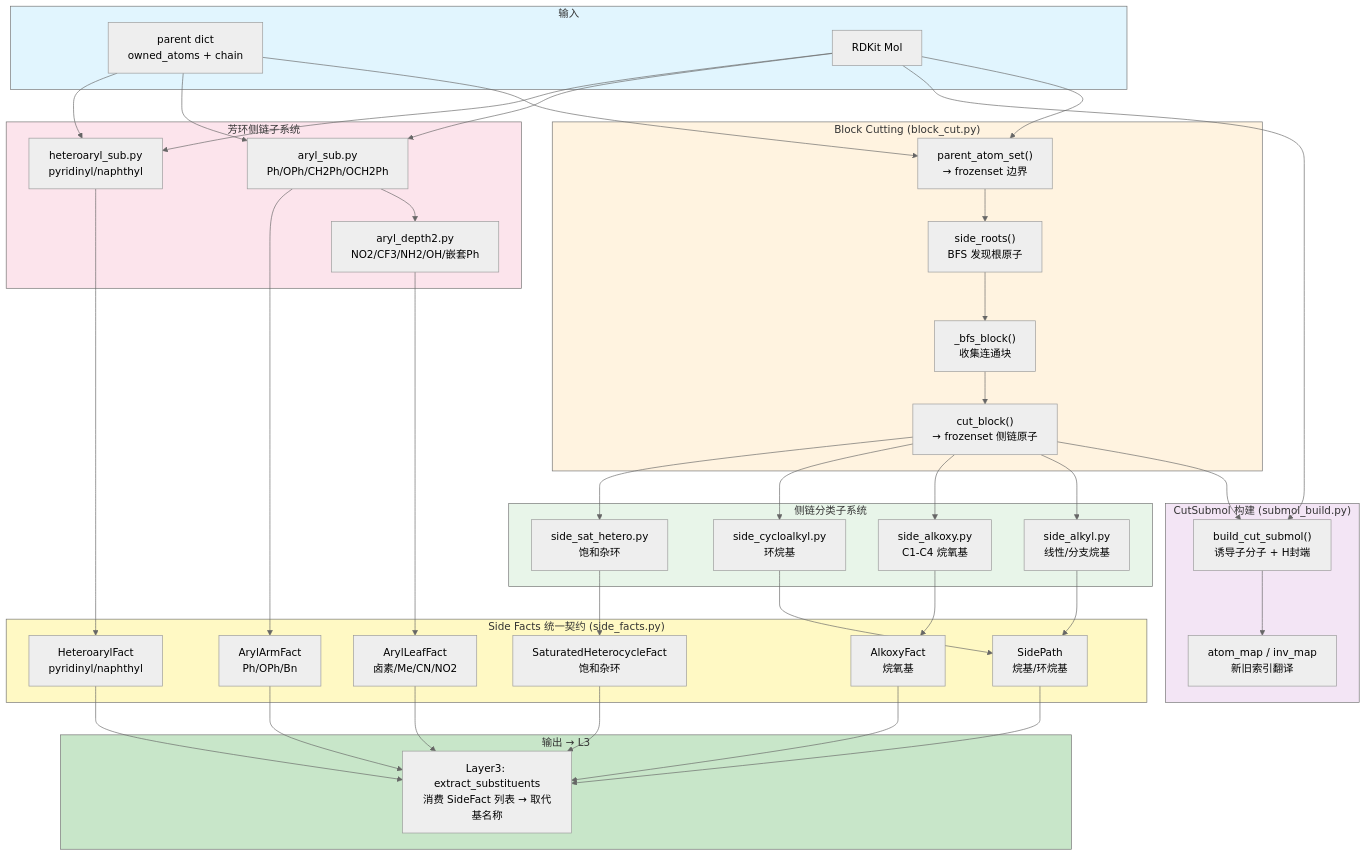
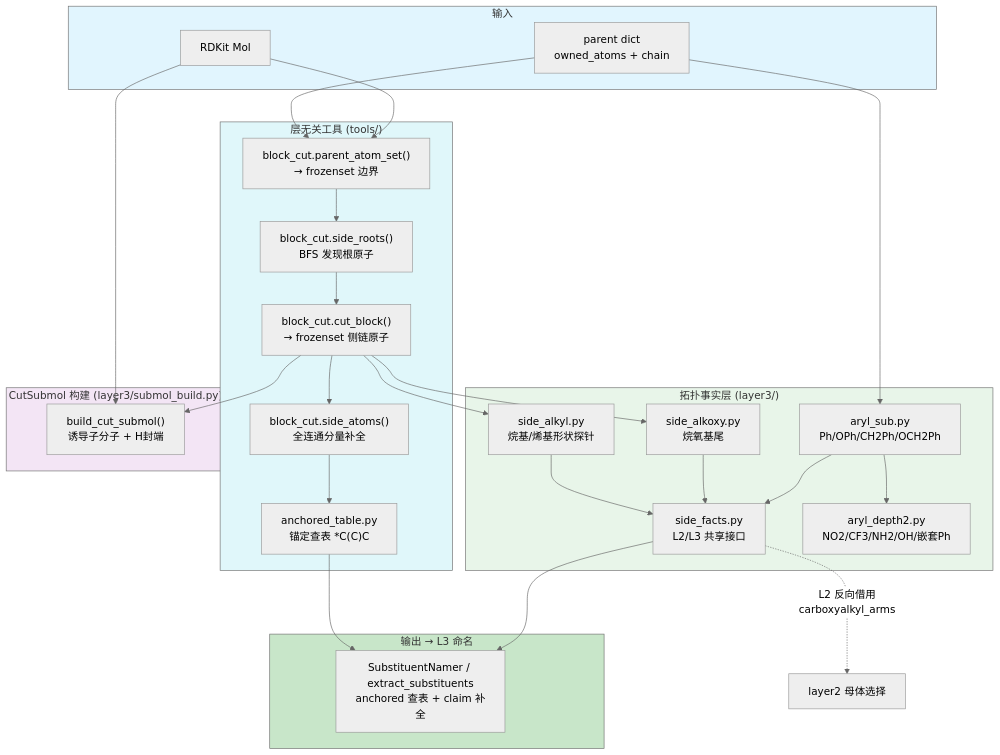
Before and after one commit to zouxiaofei1/OpenSMILES: the third of 6 diagrams in docs/wiki/architecture/layer2-parent-selector.md, drawn with Mermaid (neutral theme). The commit also changed other lines of this file and 6 other files, not shown here.

````diff
--- a/docs/wiki/architecture/layer2-parent-selector.md
+++ b/docs/wiki/architecture/layer2-parent-selector.md
@@ -646,83 +563,55 @@
         MOL["RDKit Mol"]
     end
 
-    subgraph BlockCut["Block Cutting (block_cut.py)"]
-        PAS["parent_atom_set()<br/>→ frozenset 边界"]
-        SR["side_roots()<br/>BFS 发现根原子"]
-        BF["_bfs_block()<br/>收集连通块"]
-        CB["cut_block()<br/>→ frozenset 侧链原子"]
+    subgraph Tools["层无关工具 (tools/)"]
+        PAS["block_cut.parent_atom_set()<br/>→ frozenset 边界"]
+        SR["block_cut.side_roots()<br/>BFS 发现根原子"]
+        CB["block_cut.cut_block()<br/>→ frozenset 侧链原子"]
+        SA["block_cut.side_atoms()<br/>全连通分量补全"]
+        AT["anchored_table.py<br/>锚定查表 *C(C)C"]
     end
 
-    subgraph Submol["CutSubmol 构建 (submol_build.py)"]
-        BUILD["build_cut_submol()<br/>诱导子分子 + H封端"]
-        MAP["atom_map / inv_map<br/>新旧索引翻译"]
+    subgraph L3Topo["拓扑事实层 (layer3/)"]
+        SF["side_facts.py<br/>L2/L3 共享接口"]
+        ALK["side_alkyl.py<br/>烷基/烯基形状探针"]
+        AOX["side_alkoxy.py<br/>烷氧基尾"]
+        ARYL["aryl_sub.py<br/>Ph/OPh/CH2Ph/OCH2Ph"]
+        AD2["aryl_depth2.py<br/>NO2/CF3/NH2/OH/嵌套Ph"]
     end
 
-    subgraph SideClass["侧链分类子系统"]
-        SA["side_alkyl.py<br/>线性/分支烷基"]
-        SO["side_alkoxy.py<br/>C1-C4 烷氧基"]
-        SC["side_cycloalkyl.py<br/>环烷基"]
-        SH["side_sat_hetero.py<br/>饱和杂环"]
+    subgraph Submol["CutSubmol 构建 (layer3/submol_build.py)"]
+        BUILD["build_cut_submol()<br/>诱导子分子 + H封端"]
     end
 
-    subgraph ArylSubsystem["芳环侧链子系统"]
-        ARYL["aryl_sub.py<br/>Ph/OPh/CH2Ph/OCH2Ph"]
-        AD2["aryl_depth2.py<br/>NO2/CF3/NH2/OH/嵌套Ph"]
-        HET["heteroaryl_sub.py<br/>pyridinyl/naphthyl"]
-    end
-
-    subgraph SideFacts["Side Facts 统一契约 (side_facts.py)"]
-        SF_PATH["SidePath<br/>烷基/环烷基"]
-        SF_ALKOXY["AlkoxyFact<br/>烷氧基"]
-        SF_ARYL["ArylArmFact<br/>Ph/OPh/Bn"]
-        SF_HET["HeteroarylFact<br/>pyridinyl/naphthyl"]
-        SF_SAT["SaturatedHeterocycleFact<br/>饱和杂环"]
-        SF_LEAF["ArylLeafFact<br/>卤素/Me/CN/NO2"]
-    end
-
-    subgraph Output["输出 → L3"]
-        L3["Layer3: extract_substituents<br/>消费 SideFact 列表 → 取代基名称"]
+    subgraph Output["输出 → L3 命名"]
+        L3["SubstituentNamer / extract_substituents<br/>anchored 查表 + claim 补全"]
     end
 
     PARENT --> PAS
     MOL --> PAS
     PAS --> SR
-    SR --> BF
-    BF --> CB
+    SR --> CB
+    CB --> SA
     CB --> BUILD
     MOL --> BUILD
-    BUILD --> MAP
 
-    CB --> SA
-    SA --> SF_PATH
-    CB --> SO
-    SO --> SF_ALKOXY
-    CB --> SC
-    SC --> SF_PATH
-    CB --> SH
-    SH --> SF_SAT
+    SA --> AT
+    AT --> L3
 
+    CB --> ALK
+    CB --> AOX
     PARENT --> ARYL
-    MOL --> ARYL
     ARYL --> AD2
-    AD2 --> SF_LEAF
-    ARYL --> SF_ARYL
-    PARENT --> HET
-    MOL --> HET
-    HET --> SF_HET
 
-    SF_PATH --> L3
-    SF_ALKOXY --> L3
-    SF_ARYL --> L3
-    SF_HET --> L3
-    SF_SAT --> L3
-    SF_LEAF --> L3
+    ALK --> SF
+    AOX --> SF
+    ARYL --> SF
+    SF --> L3
+    SF -. "L2 反向借用<br/>carboxyalkyl_arms" .-> L2C["layer2 母体选择"]
 
     style Input fill:#e1f5fe
-    style BlockCut fill:#fff3e0
+    style Tools fill:#e0f7fa
+    style L3Topo fill:#e8f5e9
     style Submol fill:#f3e5f5
-    style SideClass fill:#e8f5e9
-    style ArylSubsystem fill:#fce4ec
-    style SideFacts fill:#fff9c4
     style Output fill:#c8e6c9
 ```
````
